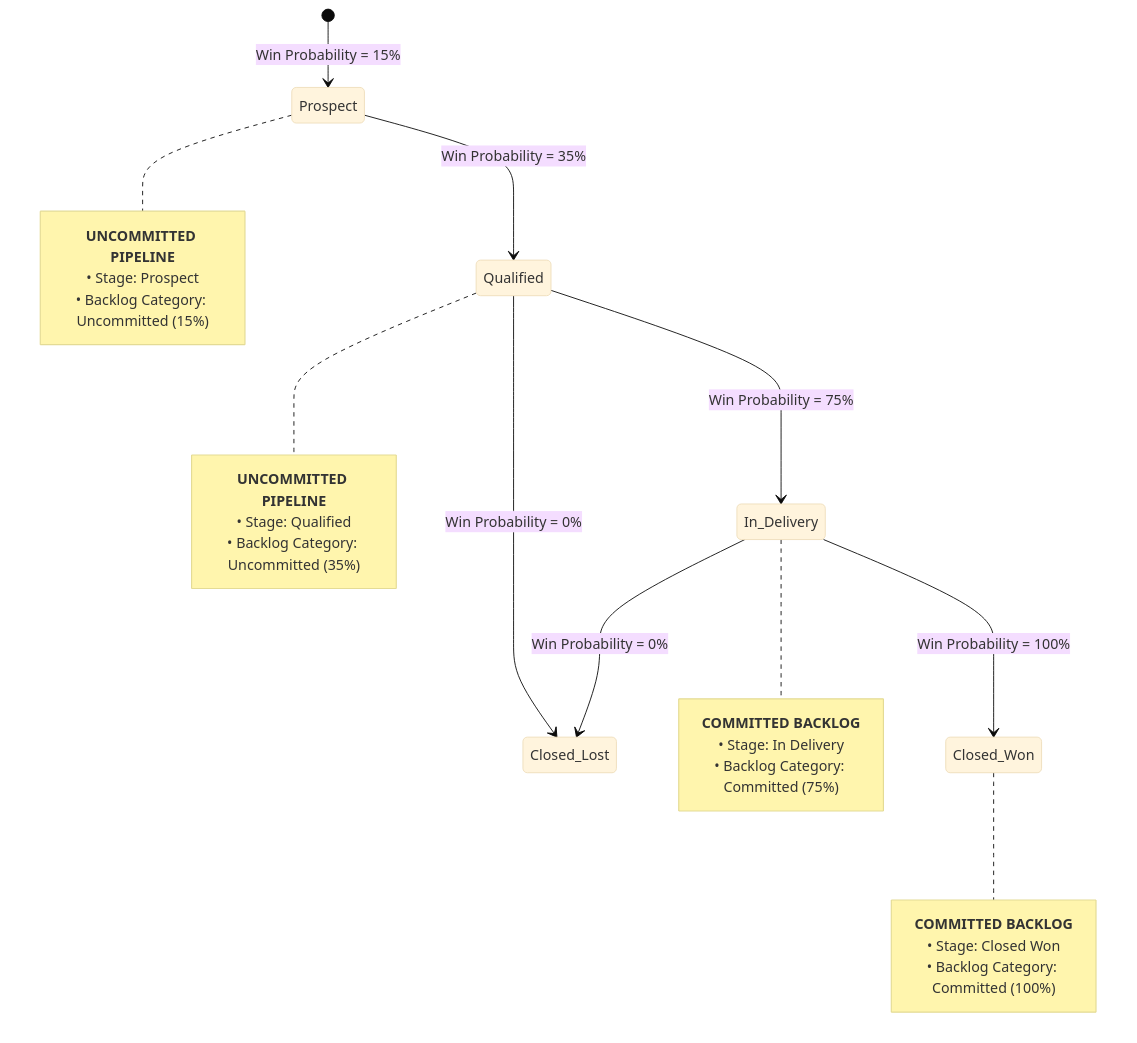
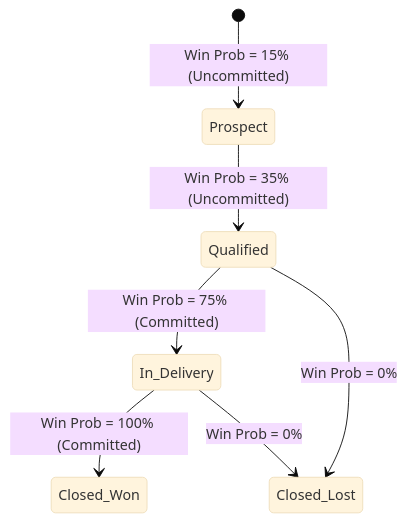
Before and after one commit to VED-VIVEK-TALMALEY/x-fin: the sixth of 8 diagrams in README.md, drawn with Mermaid (base theme). The commit also changed other lines of this file and 6 other files, not shown here.

````diff
--- a/README.md
+++ b/README.md
@@ -457,33 +305,9 @@
 ```mermaid
 stateDiagram-v2
-    [*] --> Prospect : Win Probability = 15%
-    Prospect --> Qualified : Win Probability = 35%
-    Qualified --> In_Delivery : Win Probability = 75%
-    Qualified --> Closed_Lost : Win Probability = 0%
-    In_Delivery --> Closed_Won : Win Probability = 100%
-    In_Delivery --> Closed_Lost : Win Probability = 0%
-
-    note right of Prospect
-        <b>UNCOMMITTED PIPELINE</b>
-        • Stage: Prospect
-        • Backlog Category: Uncommitted (15%)
-    end note
-
-    note right of Qualified
-        <b>UNCOMMITTED PIPELINE</b>
-        • Stage: Qualified
-        • Backlog Category: Uncommitted (35%)
-    end note
-
-    note right of In_Delivery
-        <b>COMMITTED BACKLOG</b>
-        • Stage: In Delivery
-        • Backlog Category: Committed (75%)
-    end note
-
-    note right of Closed_Won
-        <b>COMMITTED BACKLOG</b>
-        • Stage: Closed Won
-        • Backlog Category: Committed (100%)
-    end note
+    [*] --> Prospect : Win Prob = 15% (Uncommitted)
+    Prospect --> Qualified : Win Prob = 35% (Uncommitted)
+    Qualified --> In_Delivery : Win Prob = 75% (Committed)
+    Qualified --> Closed_Lost : Win Prob = 0%
+    In_Delivery --> Closed_Won : Win Prob = 100% (Committed)
+    In_Delivery --> Closed_Lost : Win Prob = 0%
 ```
````
